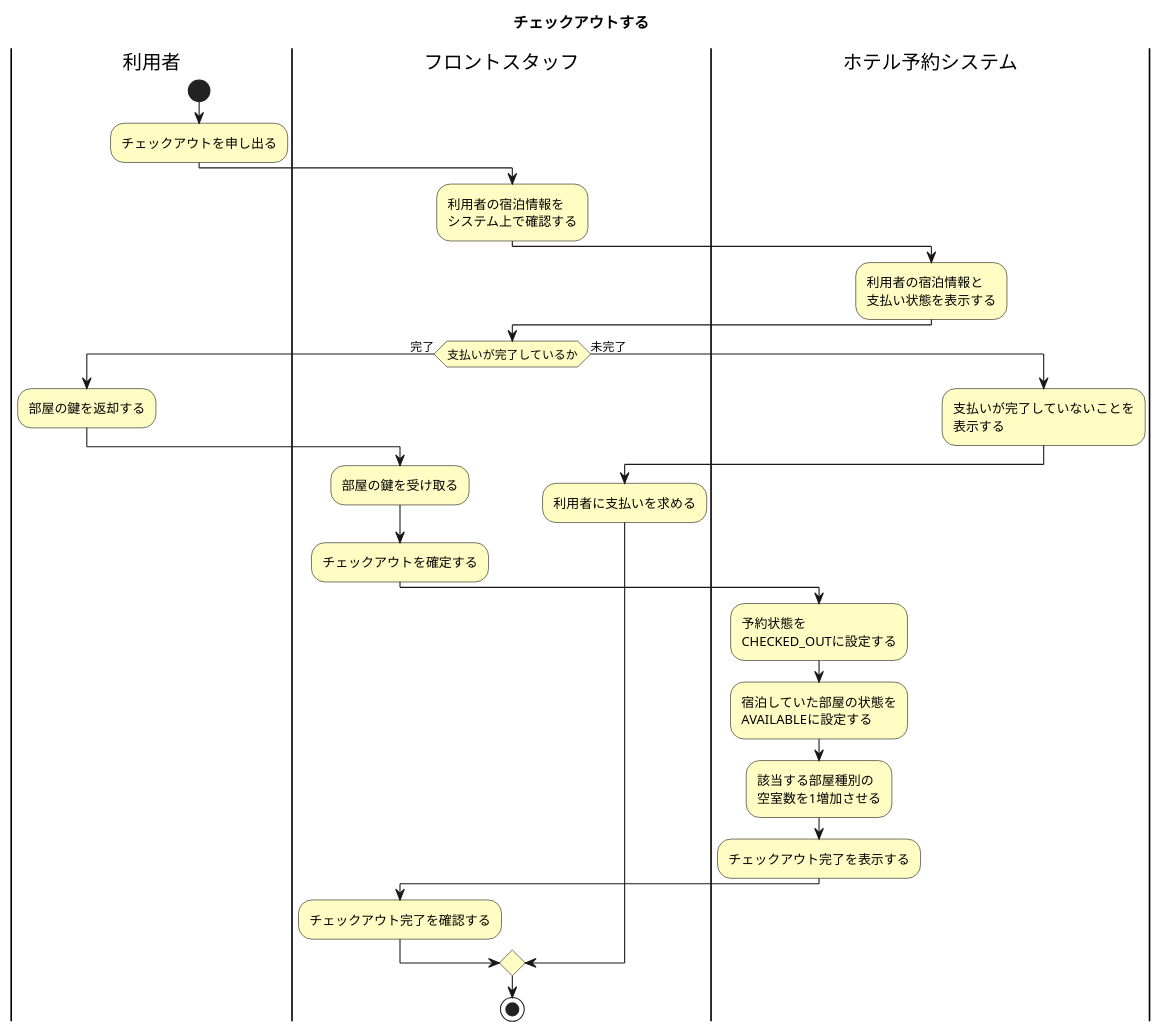
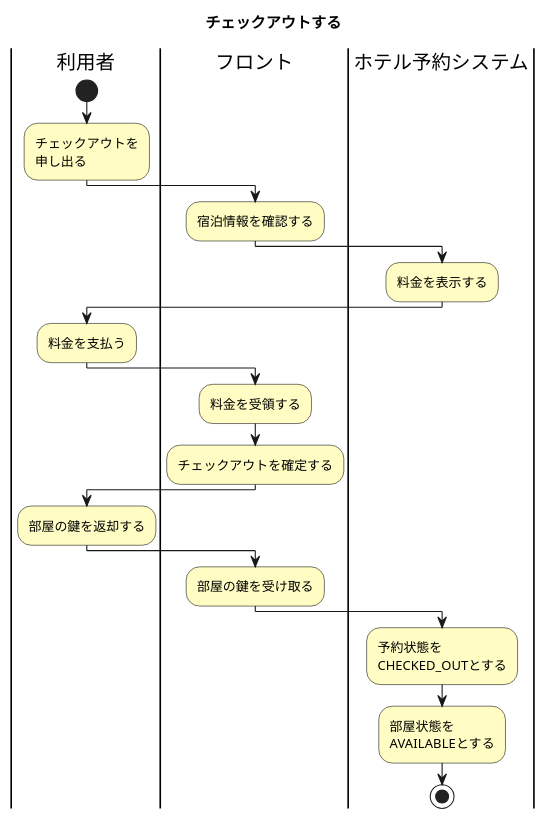
Before and after one commit to SMatsuda3/hrs-team-project: the diagram in diagrams/activ_chechout.puml, drawn with PlantUML. The commit also changed 5 other files, not shown here.

Commit message:
update activity diagram

```diff
--- a/diagrams/activ_chechout.puml
+++ b/diagrams/activ_chechout.puml
@@ -1,118 +1,99 @@
 @startuml
 
 /'
 ユースケース：チェックアウトする
 
 アクタ：
-フロントスタッフ
+フロント
 
 目的：
-フロントスタッフが利用者の宿泊情報をもとに
-チェックアウト処理を行う。
+フロントが利用者の宿泊情報を確認し、
+料金の精算および部屋の鍵の返却を行ったうえで、
+チェックアウト処理を完了する。
 
 事前条件：
 ・利用者がチェックイン済みである。
 ・予約状態が CHECKED_IN である。
-・利用者が宿泊料金の支払いを完了している。
+・利用者の宿泊情報がシステムに登録されている。
 
 事後条件：
+・利用者が料金を支払っている。
+・フロントが部屋の鍵を受け取っている。
 ・予約状態が CHECKED_OUT になっている。
 ・宿泊していた部屋の状態が AVAILABLE になっている。
-・チェックアウトした部屋の部屋種別の空室数が1増加している。
-・利用者から部屋の鍵が返却されている。
 
 基本系列：
-1. 利用者はフロントスタッフにチェックアウトを申し出る。
+1. 利用者は、フロントにチェックアウトを申し出る。
 
-2. フロントスタッフは、利用者の宿泊情報をシステム上で確認する。
+2. フロントは、利用者の宿泊情報を確認する。
 
-3. フロントスタッフは、利用者が支払い済みであることを確認する。
+3. ホテル予約システムは、利用者が支払う料金を表示する。
 
-4. 利用者は、フロントスタッフに部屋の鍵を返却する。
+4. 利用者は、表示された料金を支払う。
 
-5. フロントスタッフは、利用者から部屋の鍵を受け取る。
+5. フロントは、利用者から料金を受領する。
 
-6. フロントスタッフは、システム上でチェックアウトを確定する。
+6. フロントは、チェックアウトを確定する。
 
-7. システムは、予約状態を CHECKED_OUT に設定する。
+7. 利用者は、部屋の鍵をフロントに返却する。
 
-8. システムは、利用者が宿泊していた部屋の状態を
-   AVAILABLE に設定する。
+8. フロントは、利用者から部屋の鍵を受け取る。
 
-9. システムは、該当する部屋種別の空室数を1増加させる。
+9. ホテル予約システムは、予約状態を
+   CHECKED_OUT に設定する。
 
-代替系列：
-3a. 支払いが完了していない場合、
-    フロントスタッフは利用者に支払いを求め、
-    チェックアウト処理を中断する。
+10. ホテル予約システムは、宿泊していた部屋の状態を
+    AVAILABLE に設定する。
 '/
 
 title チェックアウトする
 
 skinparam shadowing false
 
 skinparam activity {
   BackgroundColor #FFFDC4
   BorderColor Black
   FontColor Black
-  DiamondBackgroundColor #FFFDC4
-  DiamondBorderColor Black
 }
 
 |利用者|
 
 start
 
-:チェックアウトを申し出る;
+:チェックアウトを\n申し出る;
 
-|フロントスタッフ|
+|フロント|
 
-:利用者の宿泊情報を\nシステム上で確認する;
+:宿泊情報を確認する;
 
 |ホテル予約システム|
 
-:利用者の宿泊情報と\n支払い状態を表示する;
+:料金を表示する;
 
-|フロントスタッフ|
+|利用者|
 
-if (支払いが完了しているか) then (完了)
+:料金を支払う;
 
-  |利用者|
+|フロント|
 
-  :部屋の鍵を返却する;
+:料金を受領する;
 
-  |フロントスタッフ|
+:チェックアウトを確定する;
 
-  :部屋の鍵を受け取る;
+|利用者|
 
-  :チェックアウトを確定する;
+:部屋の鍵を返却する;
 
-  |ホテル予約システム|
+|フロント|
 
-  :予約状態を\nCHECKED_OUTに設定する;
+:部屋の鍵を受け取る;
 
-  :宿泊していた部屋の状態を\nAVAILABLEに設定する;
+|ホテル予約システム|
 
-  :該当する部屋種別の\n空室数を1増加させる;
+:予約状態を\nCHECKED_OUTとする;
 
-  :チェックアウト完了を表示する;
-
-  |フロントスタッフ|
-
-  :チェックアウト完了を確認する;
-
-else (未完了)
-
-  |ホテル予約システム|
-
-  :支払いが完了していないことを\n表示する;
-
-  |フロントスタッフ|
-
-  :利用者に支払いを求める;
-
-endif
+:部屋状態を\nAVAILABLEとする;
 
 stop
 
 @enduml
```
